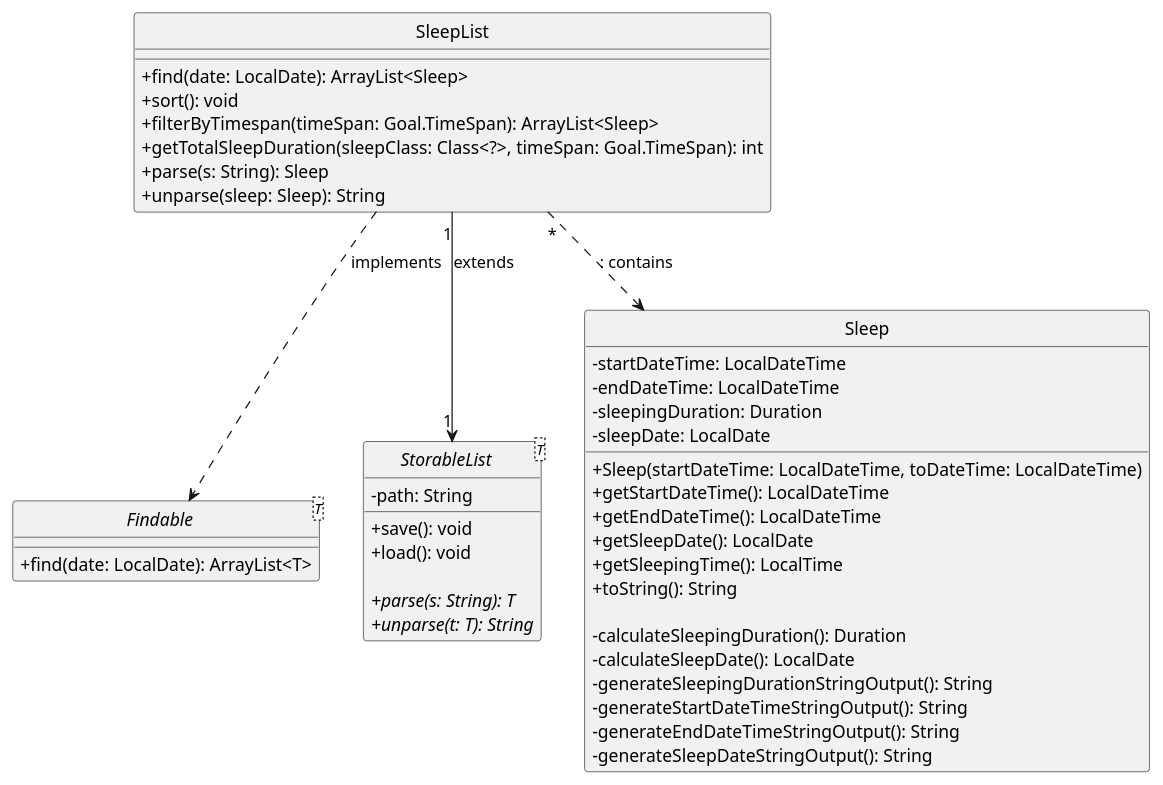
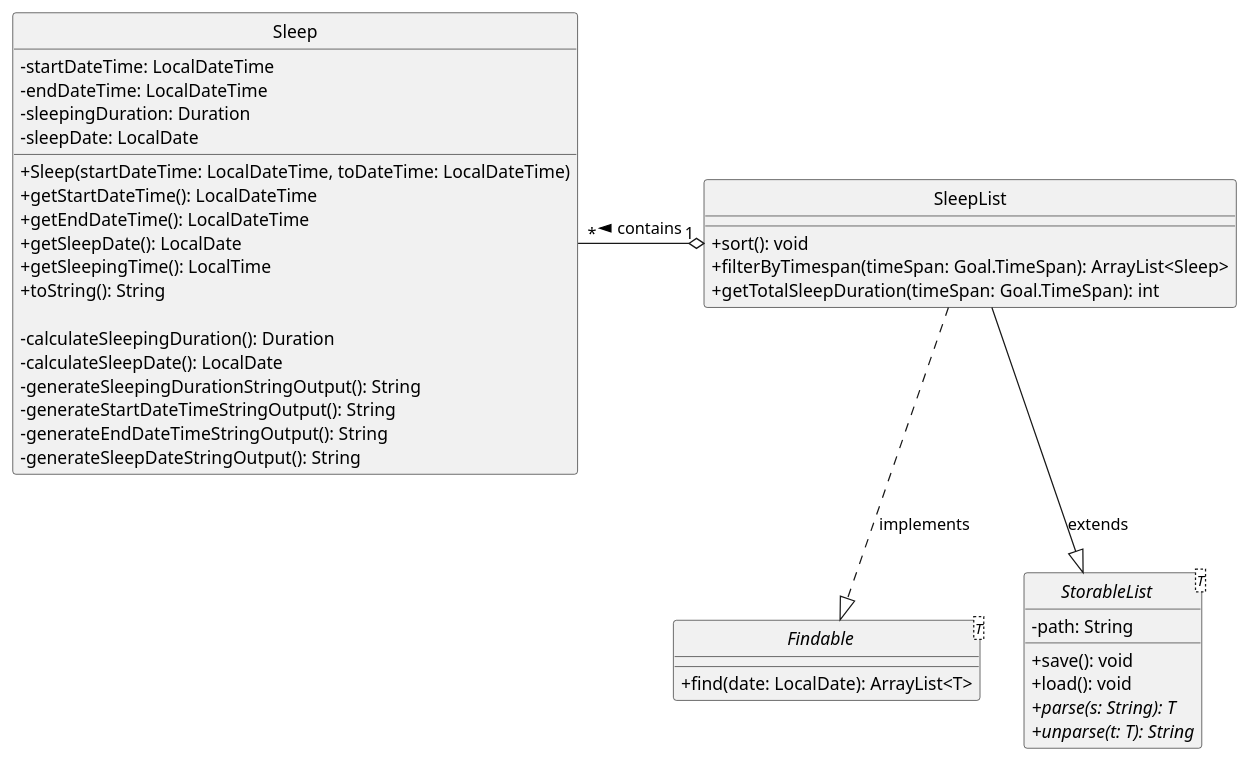
The diagram in docs/puml/Sleep/SleepAndSleeplistClassDiagram.puml (AY2324S1-CS2113-T17-1/tp), drawn with PlantUML before and after one commit. The commit also changed 1 other file, not shown here.

Commit message:
Refactored Sleep and SleepList classes to implement modular design

```diff
--- a/docs/puml/Sleep/SleepAndSleeplistClassDiagram.puml
+++ b/docs/puml/Sleep/SleepAndSleeplistClassDiagram.puml
@@ -1,55 +1,51 @@
 @startuml
+'https://plantuml.com/class-diagram
 skinparam classAttributeIconSize 0
 hide circle
 
 
 interface Findable<T> {
     + find(date: LocalDate): ArrayList<T>
 }
 
 abstract class StorableList<T> {
     - path: String
-    
     + save(): void
     + load(): void
-
     + {abstract} parse(s: String): T
     + {abstract} unparse(t: T): String
 }
 
 
 class Sleep {
     - startDateTime: LocalDateTime
     - endDateTime: LocalDateTime
     - sleepingDuration: Duration
     - sleepDate: LocalDate
 
     + Sleep(startDateTime: LocalDateTime, toDateTime: LocalDateTime)
     + getStartDateTime(): LocalDateTime
     + getEndDateTime(): LocalDateTime
     + getSleepDate(): LocalDate
     + getSleepingTime(): LocalTime
     + toString(): String
 
     - calculateSleepingDuration(): Duration
     - calculateSleepDate(): LocalDate
     - generateSleepingDurationStringOutput(): String
     - generateStartDateTimeStringOutput(): String
     - generateEndDateTimeStringOutput(): String
     - generateSleepDateStringOutput(): String
 }
 
 class SleepList {
-    + find(date: LocalDate): ArrayList<Sleep>
     + sort(): void
     + filterByTimespan(timeSpan: Goal.TimeSpan): ArrayList<Sleep>
-    + getTotalSleepDuration(sleepClass: Class<?>, timeSpan: Goal.TimeSpan): int
-    + parse(s: String): Sleep
-    + unparse(sleep: Sleep): String
+    + getTotalSleepDuration(timeSpan: Goal.TimeSpan): int
 }
 
-SleepList "1" --> "1" StorableList: extends
-SleepList "*" ..>  Sleep: : contains
-SleepList ..> Findable : implements
+SleepList --|> StorableList: extends
+SleepList "1" o-l- "*" Sleep :contains >
+SleepList ..|>  Findable : implements
 
 @enduml
```
